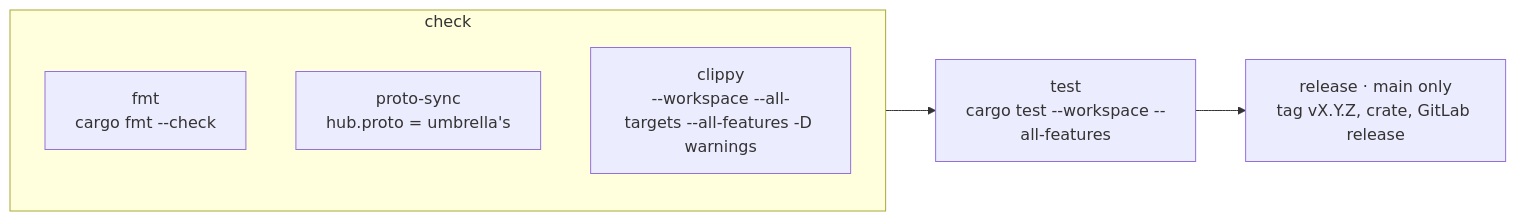
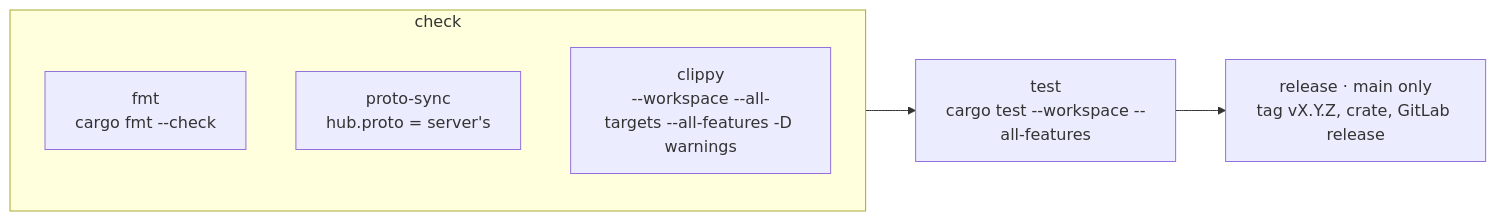
Before and after one commit to snodra/snodra-messaging-rs: the diagram in README.md, drawn with Mermaid. The commit also changed other lines of this file and 273 other files, not shown here.

````diff
--- a/README.md
+++ b/README.md
@@ -1972,9 +2074,9 @@
 ```mermaid
 flowchart LR
     subgraph check
       fmt["fmt<br/>cargo fmt --check"]
-      sync["proto-sync<br/>hub.proto = umbrella's"]
+      sync["proto-sync<br/>hub.proto = server's"]
       clippy["clippy<br/>--workspace --all-targets --all-features -D warnings"]
     end
     check --> test["test<br/>cargo test --workspace --all-features"] --> release["release · main only<br/>tag vX.Y.Z, crate, GitLab release"]
 ```
````
